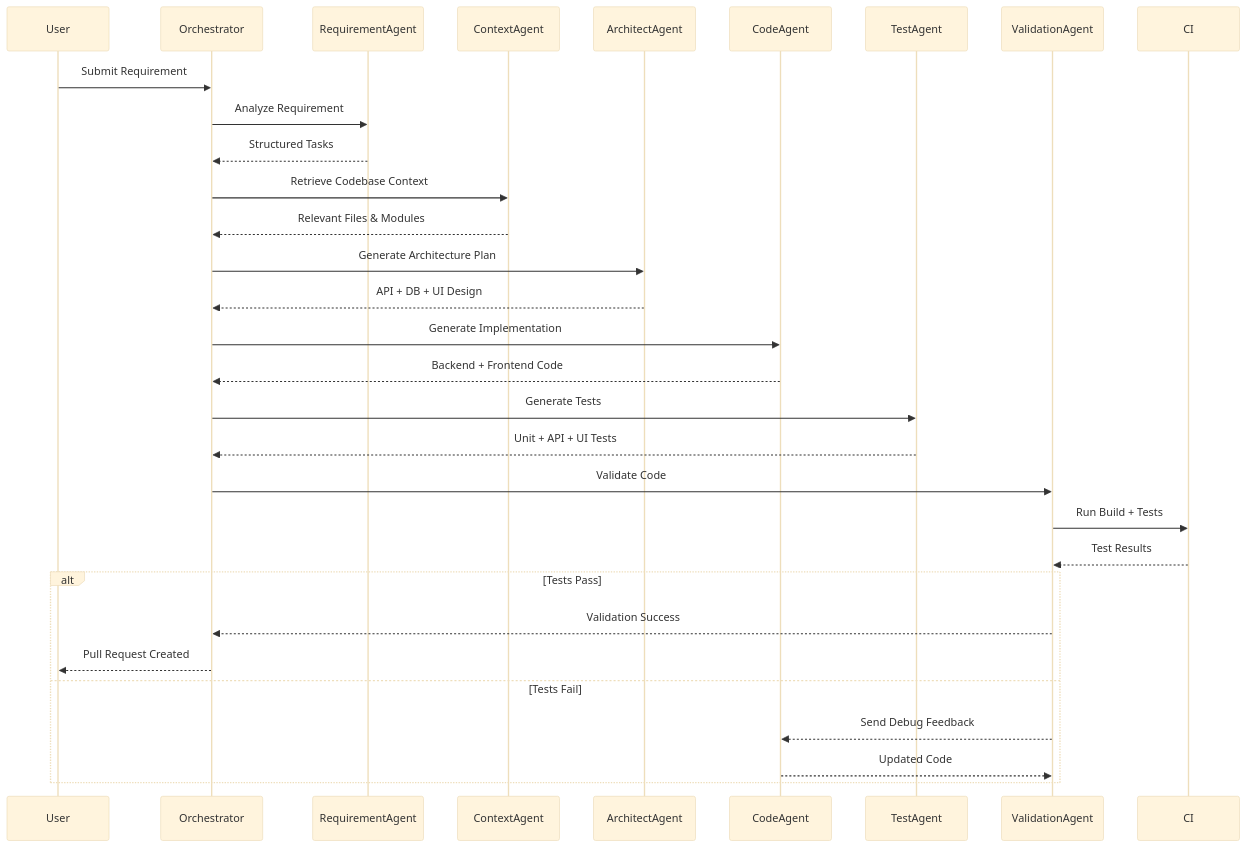
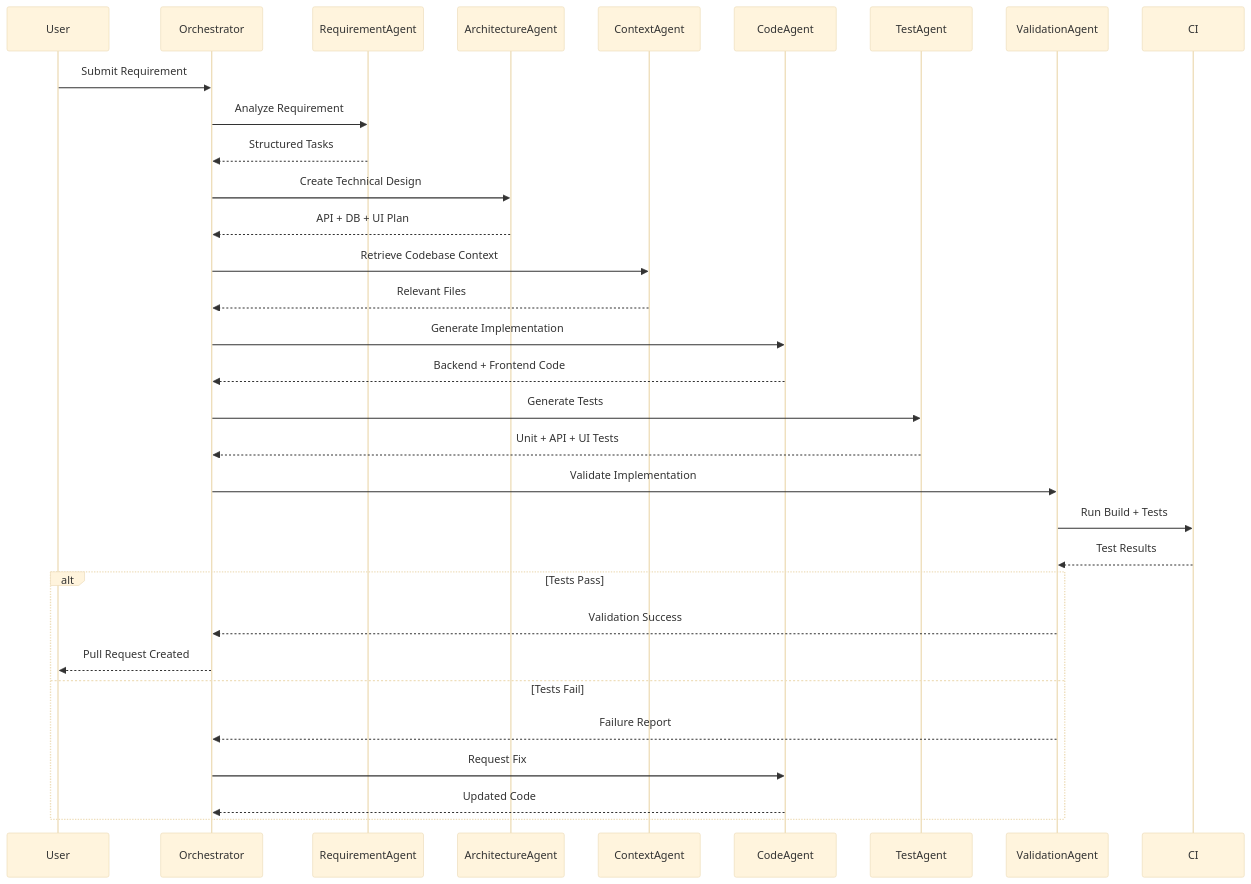
One commit to PrasadBhalerao/agentic-weather-mcp changed the second of 2 diagrams in agentic_requirement_to_code_test_workflow.md. Above: the diagram before and after it, drawn with Mermaid (base theme). The commit also changed other lines of this file, not shown here.

````diff
--- a/agentic_requirement_to_code_test_workflow.md
+++ b/agentic_requirement_to_code_test_workflow.md
@@ -56,42 +74,44 @@
 ``` mermaid
 sequenceDiagram
+
 participant User
 participant Orchestrator
 participant RequirementAgent
+participant ArchitectureAgent
 participant ContextAgent
-participant ArchitectAgent
 participant CodeAgent
 participant TestAgent
 participant ValidationAgent
 participant CI
 
 User->>Orchestrator: Submit Requirement
 
 Orchestrator->>RequirementAgent: Analyze Requirement
 RequirementAgent-->>Orchestrator: Structured Tasks
 
+Orchestrator->>ArchitectureAgent: Create Technical Design
+ArchitectureAgent-->>Orchestrator: API + DB + UI Plan
+
 Orchestrator->>ContextAgent: Retrieve Codebase Context
-ContextAgent-->>Orchestrator: Relevant Files & Modules
-
-Orchestrator->>ArchitectAgent: Generate Architecture Plan
-ArchitectAgent-->>Orchestrator: API + DB + UI Design
+ContextAgent-->>Orchestrator: Relevant Files
 
 Orchestrator->>CodeAgent: Generate Implementation
 CodeAgent-->>Orchestrator: Backend + Frontend Code
 
 Orchestrator->>TestAgent: Generate Tests
 TestAgent-->>Orchestrator: Unit + API + UI Tests
 
-Orchestrator->>ValidationAgent: Validate Code
+Orchestrator->>ValidationAgent: Validate Implementation
 
 ValidationAgent->>CI: Run Build + Tests
 CI-->>ValidationAgent: Test Results
 
 alt Tests Pass
 ValidationAgent-->>Orchestrator: Validation Success
 Orchestrator-->>User: Pull Request Created
 else Tests Fail
-ValidationAgent-->>CodeAgent: Send Debug Feedback
-CodeAgent-->>ValidationAgent: Updated Code
+ValidationAgent-->>Orchestrator: Failure Report
+Orchestrator->>CodeAgent: Request Fix
+CodeAgent-->>Orchestrator: Updated Code
 end
 ```
````
